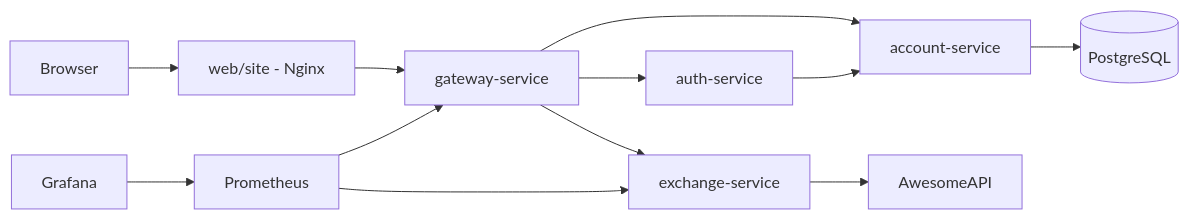
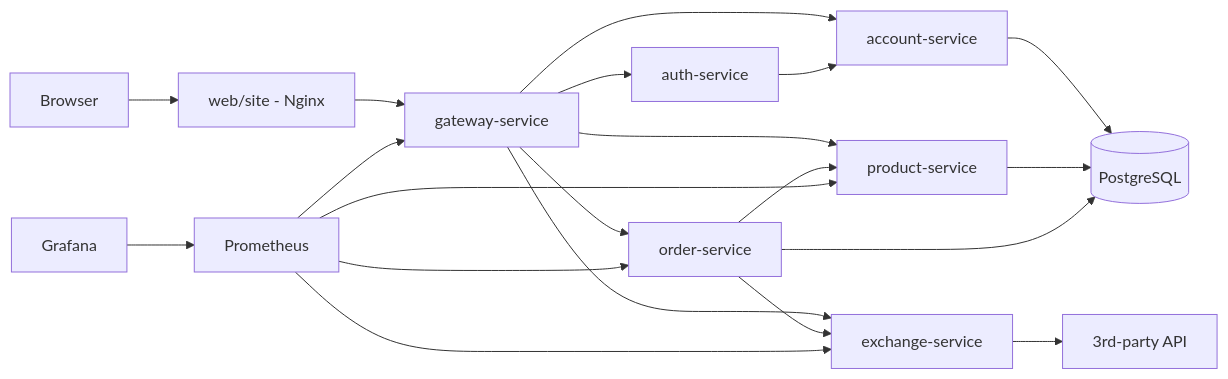
One commit to projeto-micro/projeto changed the diagram in README.md. Above: the diagram before and after it, drawn with Mermaid. The commit also changed other lines of this file and 13 other files, not shown here.

````diff
--- a/README.md
+++ b/README.md
@@ -69,17 +37,25 @@
 ```mermaid
 flowchart LR
-    Browser[Browser] --> Site[web/site - Nginx]
-    Site --> Gateway[gateway-service]
+    Browser["Browser"] --> Site["web/site - Nginx"]
+    Site --> Gateway["gateway-service"]
 
-    Gateway --> Auth[auth-service]
-    Gateway --> Account[account-service]
-    Gateway --> Exchange[exchange-service]
+    Gateway --> Auth["auth-service"]
+    Gateway --> Account["account-service"]
+    Gateway --> Exchange["exchange-service"]
+    Gateway --> Product["product-service"]
+    Gateway --> Order["order-service"]
 
     Auth --> Account
-    Account --> DB[(PostgreSQL)]
-    Exchange --> AwesomeAPI[AwesomeAPI]
+    Account --> DB[("PostgreSQL")]
+    Product --> DB
+    Order --> DB
+    Order --> Product
+    Order --> Exchange
+    Exchange --> AwesomeAPI["3rd-party API"]
 
     Prometheus --> Gateway
     Prometheus --> Exchange
+    Prometheus --> Order
+    Prometheus --> Product
     Grafana --> Prometheus
 ```
````
